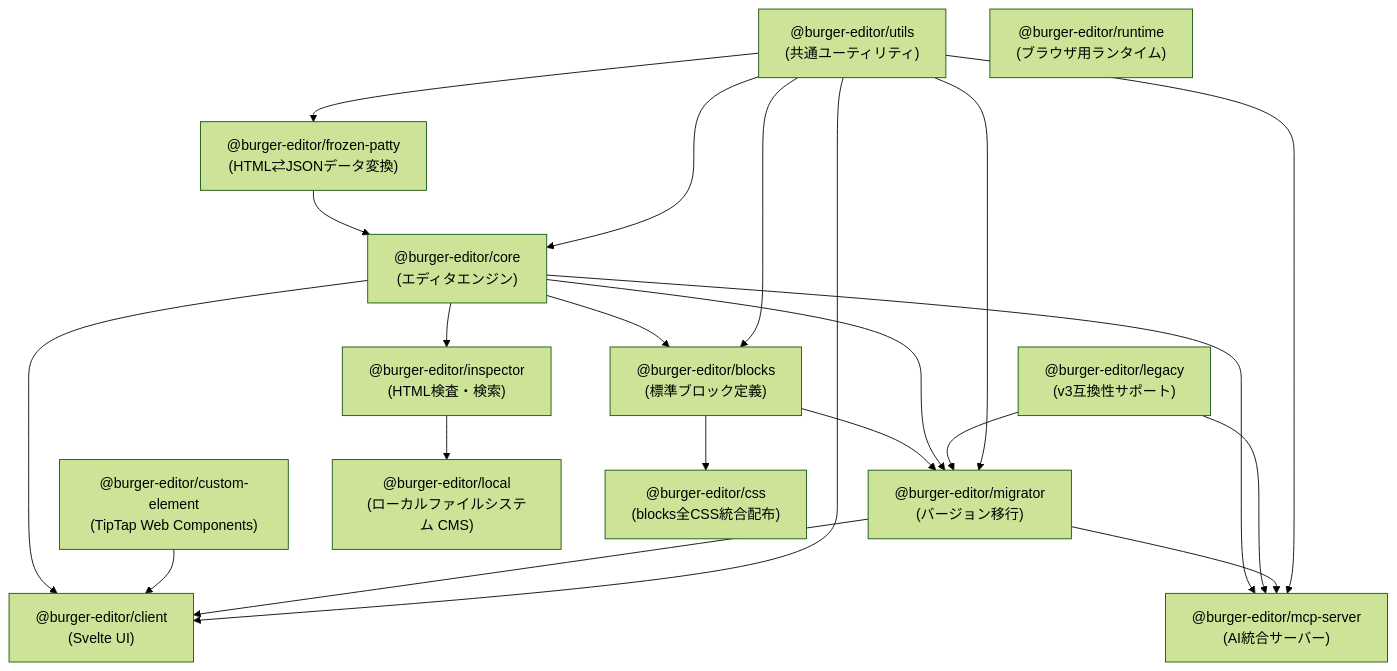
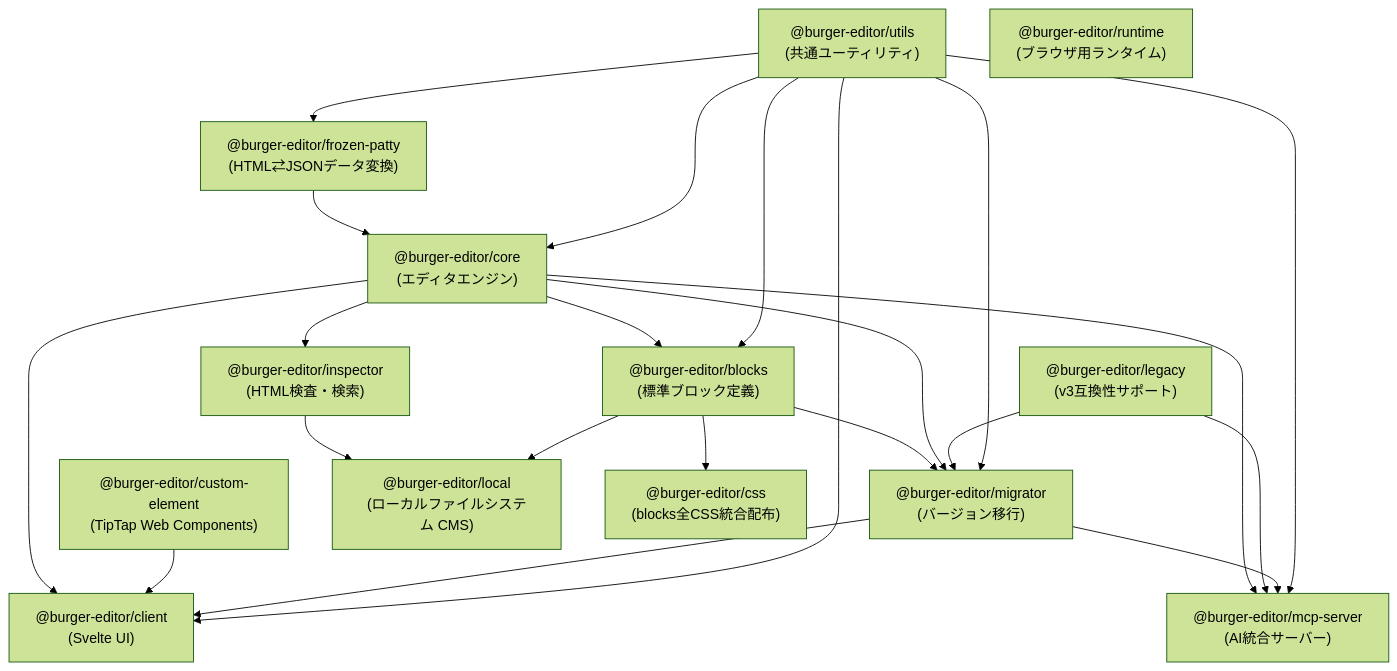
Before and after one commit to d-zero-dev/BurgerEditor: the diagram in ARCHITECTURE.md, drawn with Mermaid (forest theme). The commit also changed other lines of this file and 3 other files, not shown here.

````diff
--- a/ARCHITECTURE.md
+++ b/ARCHITECTURE.md
@@ -9,56 +9,57 @@
 ```mermaid
 graph TD
     utils["@burger-editor/utils<br/>(共通ユーティリティ)"]
     frozen["@burger-editor/frozen-patty<br/>(HTML⇄JSONデータ変換)"]
     core["@burger-editor/core<br/>(エディタエンジン)"]
     blocks["@burger-editor/blocks<br/>(標準ブロック定義)"]
     client["@burger-editor/client<br/>(Svelte UI)"]
     custom["@burger-editor/custom-element<br/>(TipTap Web Components)"]
     migrator["@burger-editor/migrator<br/>(バージョン移行)"]
     inspector["@burger-editor/inspector<br/>(HTML検査・検索)"]
     local["@burger-editor/local<br/>(ローカルファイルシステム CMS)"]
     mcp["@burger-editor/mcp-server<br/>(AI統合サーバー)"]
     legacy["@burger-editor/legacy<br/>(v3互換性サポート)"]
     css["@burger-editor/css<br/>(blocks全CSS統合配布)"]
     runtime["@burger-editor/runtime<br/>(ブラウザ用ランタイム)"]
 
     %% Core dependencies
     utils --> frozen
     frozen --> core
     utils --> core
 
     %% Block dependencies
     core --> blocks
     utils --> blocks
 
     %% CSS distribution
     blocks --> css
 
     %% Client dependencies
     core --> client
     custom --> client
     migrator --> client
     utils --> client
 
     %% Migrator dependencies
     blocks --> migrator
     core --> migrator
     legacy --> migrator
     utils --> migrator
 
     %% Inspector dependencies
     core --> inspector
 
     %% Local dependencies
     inspector --> local
+    blocks --> local
 
     %% MCP Server dependencies
     core --> mcp
     legacy --> mcp
     migrator --> mcp
     utils --> mcp
 
     %% Independent packages
     legacy
     runtime
 ```
````
